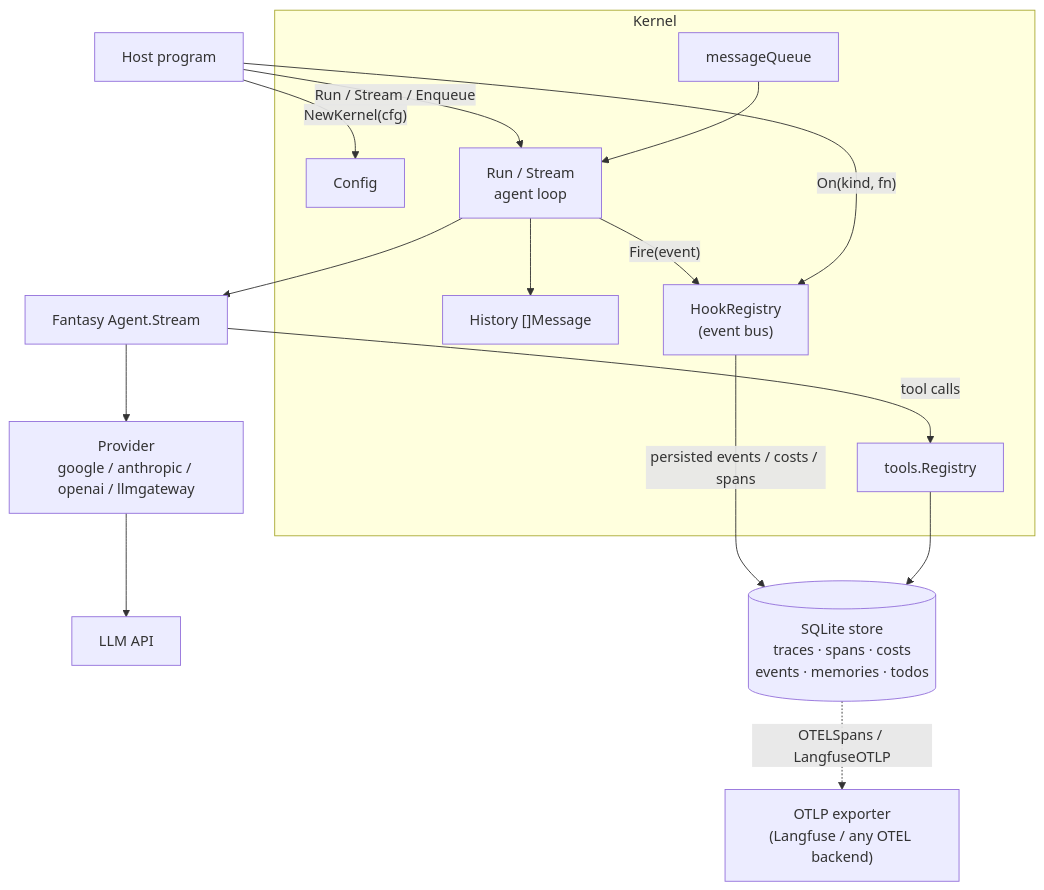
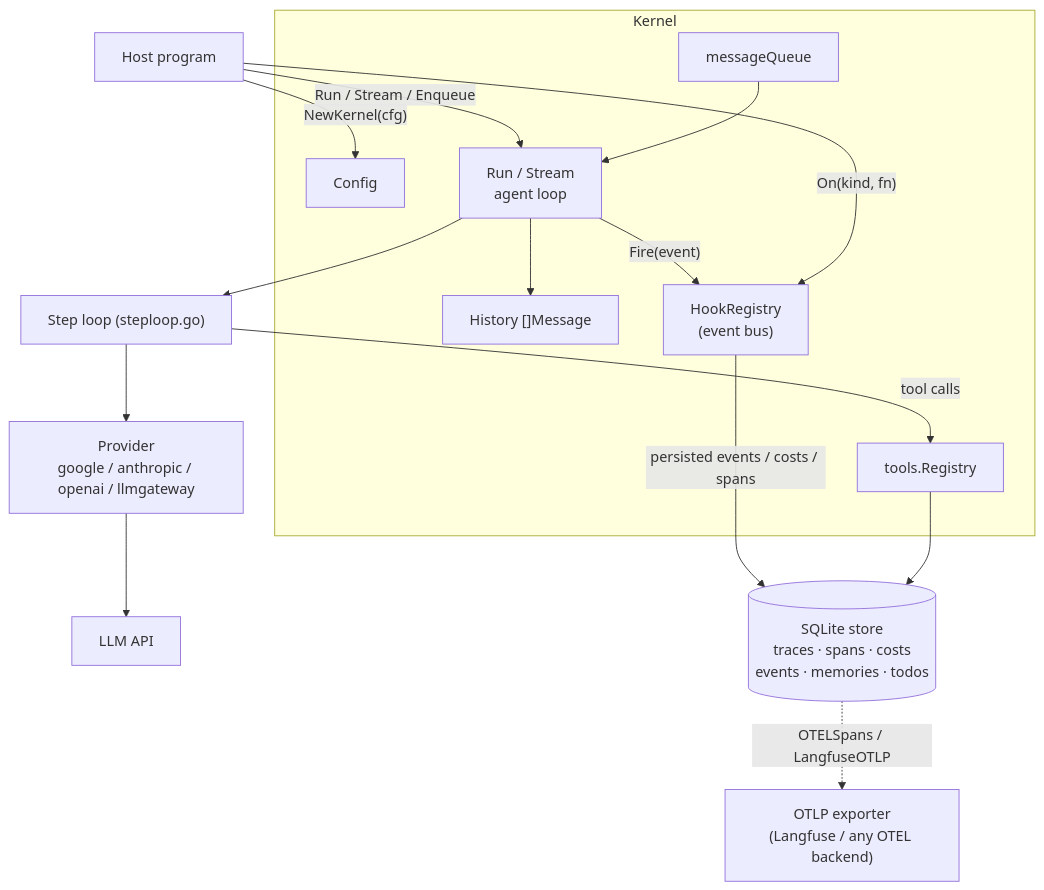
Before and after one commit to yashbonde/toroid-kernel: the first of 7 diagrams in assets/ARCHITECTURE.md, drawn with Mermaid. The commit also changed other lines of this file and 76 other files, not shown here.

````diff
--- a/assets/ARCHITECTURE.md
+++ b/assets/ARCHITECTURE.md
@@ -17,31 +17,31 @@
 ```mermaid
 flowchart TB
   host["Host program"]
   subgraph K["Kernel"]
     cfg["Config"]
     loop["Run / Stream<br/>agent loop"]
     hist["History []Message"]
     hooks["HookRegistry<br/>(event bus)"]
     reg["tools.Registry"]
     queue["messageQueue"]
   end
-  fan["Fantasy Agent.Stream"]
+  fan["Step loop (steploop.go)"]
   prov["Provider<br/>google / anthropic / openai / llmgateway"]
   llm["LLM API"]
   sqlite[("SQLite store<br/>traces · spans · costs<br/>events · memories · todos")]
   otlp["OTLP exporter<br/>(Langfuse / any OTEL backend)"]
 
   host -->|"NewKernel(cfg)"| cfg
   host -->|"Run / Stream / Enqueue"| loop
   loop --> hist
   loop --> fan
   fan --> prov
   prov --> llm
   fan -->|"tool calls"| reg
   loop -->|"Fire(event)"| hooks
   hooks -->|"persisted events / costs / spans"| sqlite
   reg --> sqlite
   host -->|"On(kind, fn)"| hooks
   sqlite -.->|"OTELSpans / LangfuseOTLP"| otlp
   queue --> loop
 ```
````
